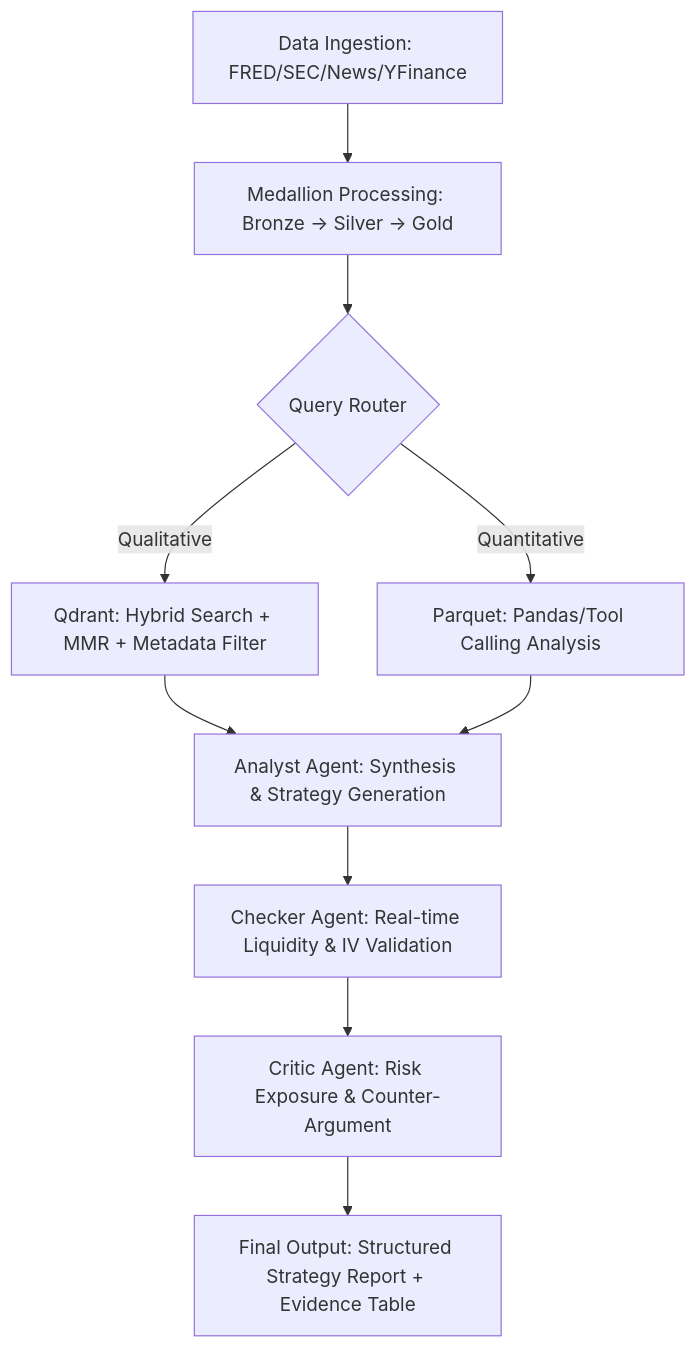
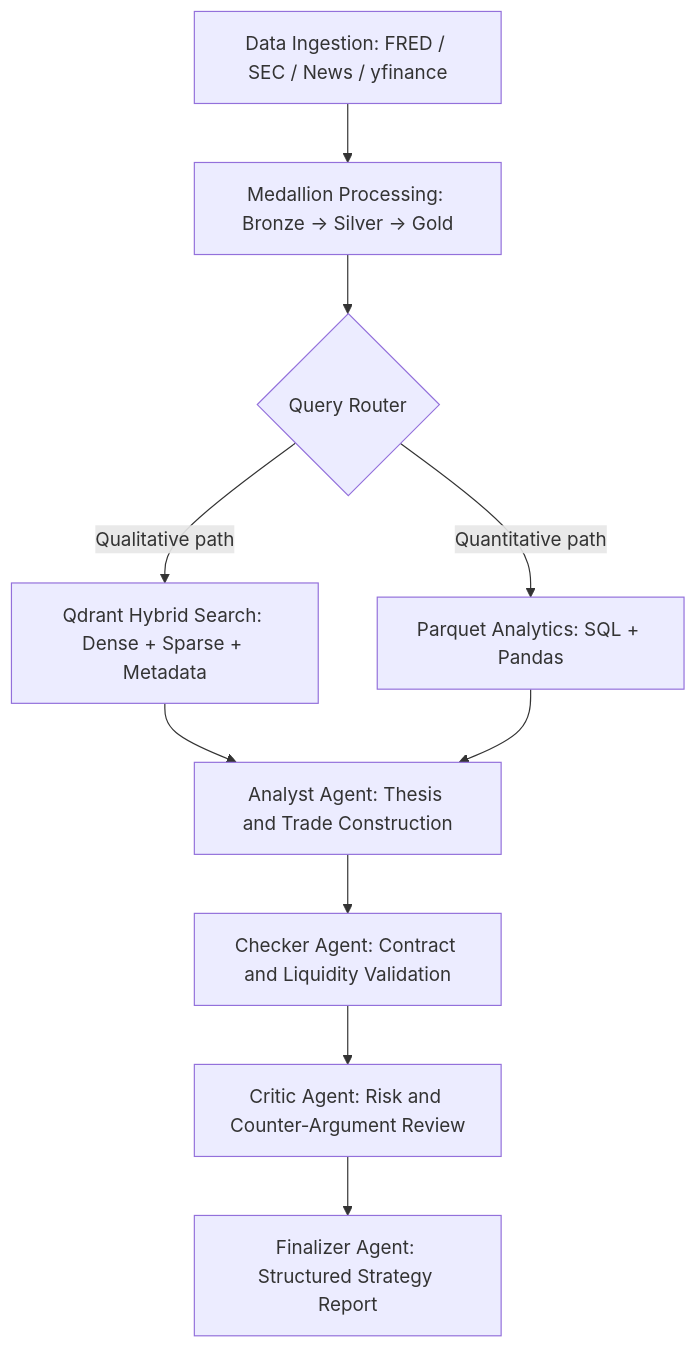
One commit to maxineyu521/AutoOption-Financial-Intelligence-Workspace changed the first of 2 diagrams in README.md. Above: the diagram before and after it, drawn with Mermaid. The commit also changed other lines of this file, not shown here.

````diff
--- a/README.md
+++ b/README.md
@@ -25,12 +23,12 @@
 ```mermaid
-graph TD
-    A[Data Ingestion: FRED/SEC/News/YFinance] --> B[Medallion Processing: Bronze -> Silver -> Gold]
+flowchart TD
+    A[Data Ingestion: FRED / SEC / News / yfinance] --> B[Medallion Processing: Bronze -> Silver -> Gold]
     B --> C{Query Router}
-    C -- Qualitative --> D[Qdrant: Hybrid Search + MMR + Metadata Filter]
-    C -- Quantitative --> E[Parquet: Pandas/Tool Calling Analysis]
-    D --> F[Analyst Agent: Synthesis & Strategy Generation]
+    C -->|Qualitative path| D[Qdrant Hybrid Search: Dense + Sparse + Metadata]
+    C -->|Quantitative path| E[Parquet Analytics: SQL + Pandas]
+    D --> F[Analyst Agent: Thesis and Trade Construction]
     E --> F
-    F --> G[Checker Agent: Real-time Liquidity & IV Validation]
-    G --> H[Critic Agent: Risk Exposure & Counter-Argument]
-    H --> I[Final Output: Structured Strategy Report + Evidence Table]
+    F --> G[Checker Agent: Contract and Liquidity Validation]
+    G --> H[Critic Agent: Risk and Counter-Argument Review]
+    H --> I[Finalizer Agent: Structured Strategy Report]
 ```
````
